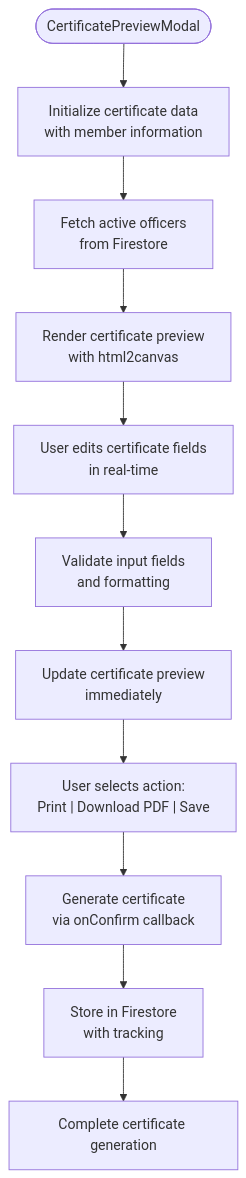
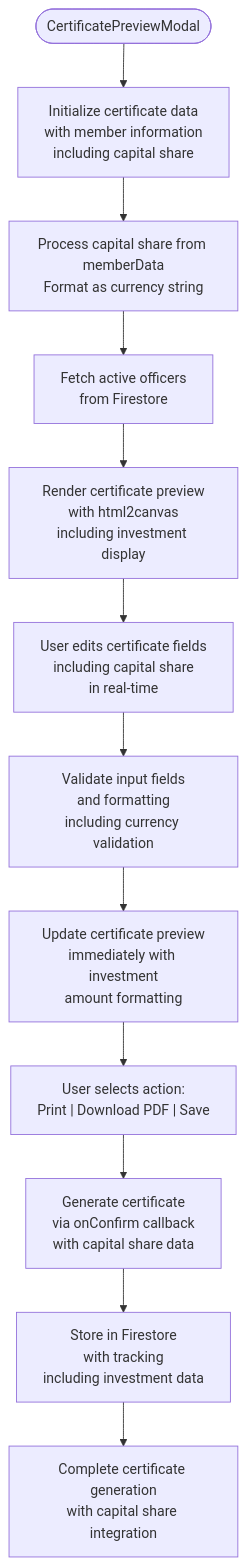
The third of 7 diagrams in .qoder/repowiki/en/content/Email & Notification System/Certificate Generation System.md (Unsure-bry/sampacoop_system), drawn with Mermaid before and after one commit. The commit also changed other lines of this file and 5 other files, not shown here.

Commit message:
Update for Pending Capital Share Card

````diff
--- a/.qoder/repowiki/en/content/Email & Notification System/Certificate Generation System.md
+++ b/.qoder/repowiki/en/content/Email & Notification System/Certificate Generation System.md
@@ -209,13 +238,14 @@
 ```mermaid
 flowchart TD
-Start(["CertificatePreviewModal"]) --> Init["Initialize certificate data<br/>with member information"]
-Init --> Officers["Fetch active officers<br/>from Firestore"]
-Officers --> Preview["Render certificate preview<br/>with html2canvas"]
-Preview --> Edit["User edits certificate fields<br/>in real-time"]
-Edit --> Validate["Validate input fields<br/>and formatting"]
-Validate --> Update["Update certificate preview<br/>immediately"]
+Start(["CertificatePreviewModal"]) --> Init["Initialize certificate data<br/>with member information<br/>including capital share"]
+Init --> CapitalShare["Process capital share from memberData<br/>Format as currency string"]
+CapitalShare --> Officers["Fetch active officers<br/>from Firestore"]
+Officers --> Preview["Render certificate preview<br/>with html2canvas<br/>including investment display"]
+Preview --> Edit["User edits certificate fields<br/>including capital share<br/>in real-time"]
+Edit --> Validate["Validate input fields<br/>and formatting<br/>including currency validation"]
+Validate --> Update["Update certificate preview<br/>immediately with investment<br/>amount formatting"]
 Update --> Actions["User selects action:<br/>Print | Download PDF | Save"]
-Actions --> Generate["Generate certificate<br/>via onConfirm callback"]
-Generate --> Store["Store in Firestore<br/>with tracking"]
-Store --> Complete["Complete certificate generation"]
+Actions --> Generate["Generate certificate<br/>via onConfirm callback<br/>with capital share data"]
+Generate --> Store["Store in Firestore<br/>with tracking<br/>including investment data"]
+Store --> Complete["Complete certificate generation<br/>with capital share integration"]
 ```
````
